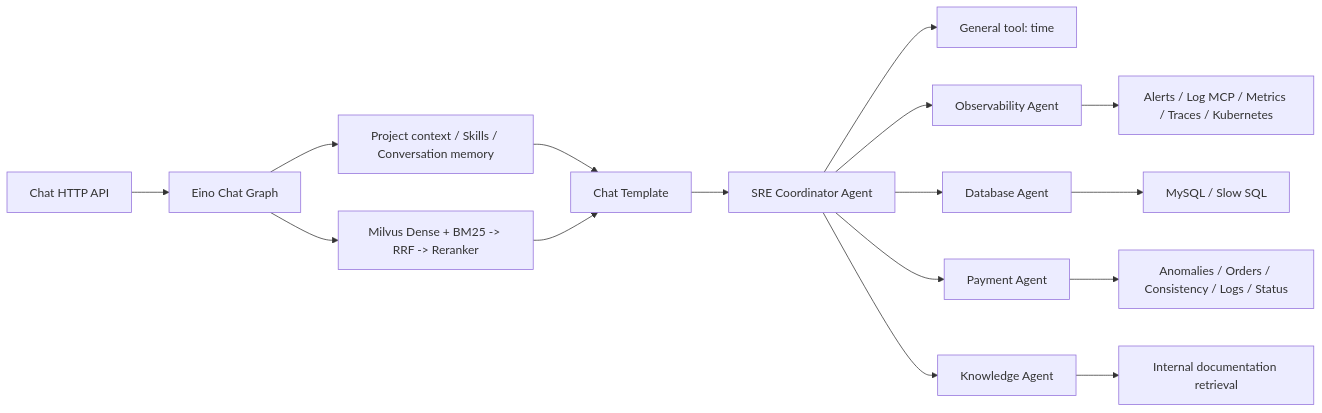
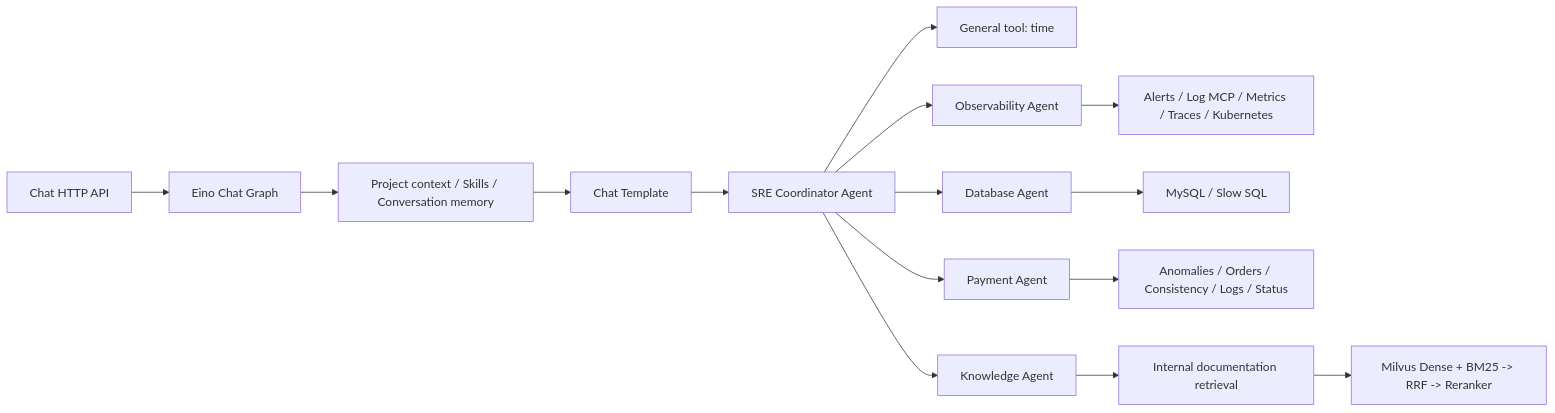
Before and after one commit to Thadopz/telltale: the diagram in README_EN.md, drawn with Mermaid. The commit also changed other lines of this file and 1 other file, not shown here.

````diff
--- a/README_EN.md
+++ b/README_EN.md
@@ -22,18 +22,17 @@
 ```mermaid
 flowchart LR
     API["Chat HTTP API"] --> Graph["Eino Chat Graph"]
     Graph --> Context["Project context / Skills / Conversation memory"]
-    Graph --> Retrieval["Milvus Dense + BM25 -> RRF -> Reranker"]
     Context --> Prompt["Chat Template"]
-    Retrieval --> Prompt
     Prompt --> Coordinator["SRE Coordinator Agent"]
     Coordinator --> General["General tool: time"]
     Coordinator --> Observability["Observability Agent"]
     Coordinator --> Database["Database Agent"]
     Coordinator --> Payment["Payment Agent"]
     Coordinator --> Knowledge["Knowledge Agent"]
     Observability --> OTools["Alerts / Log MCP / Metrics / Traces / Kubernetes"]
     Database --> DTools["MySQL / Slow SQL"]
     Payment --> PTools["Anomalies / Orders / Consistency / Logs / Status"]
     Knowledge --> KTools["Internal documentation retrieval"]
+    KTools --> Retrieval["Milvus Dense + BM25 -> RRF -> Reranker"]
 ```
````
